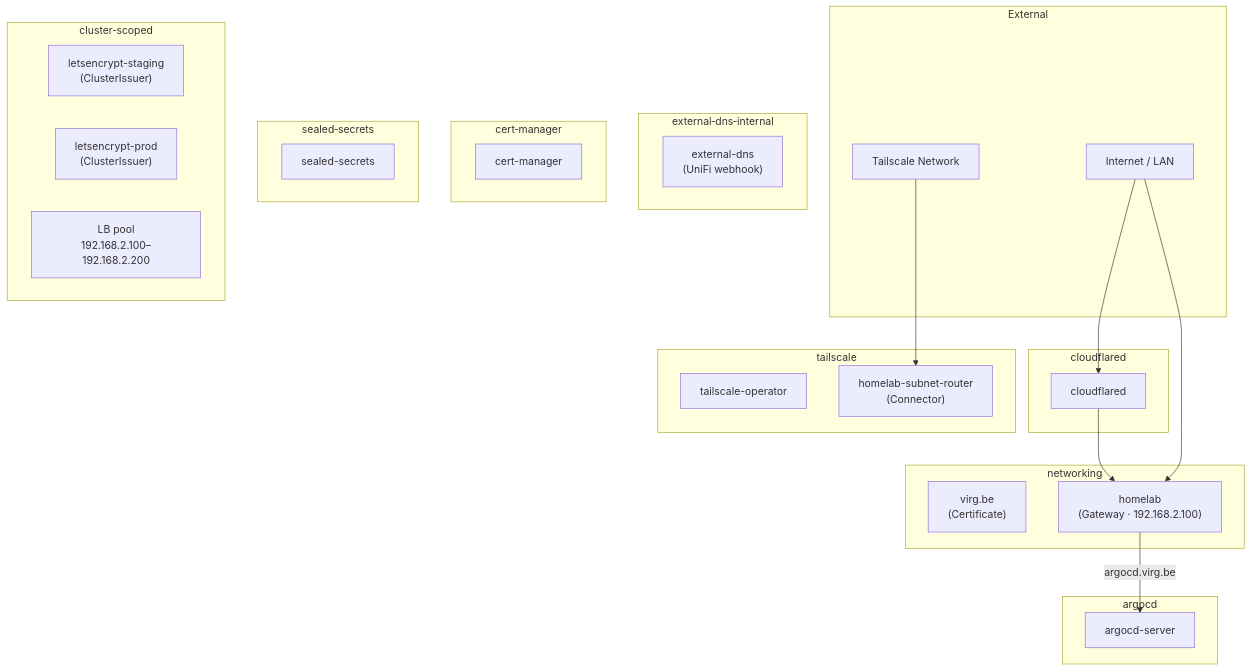
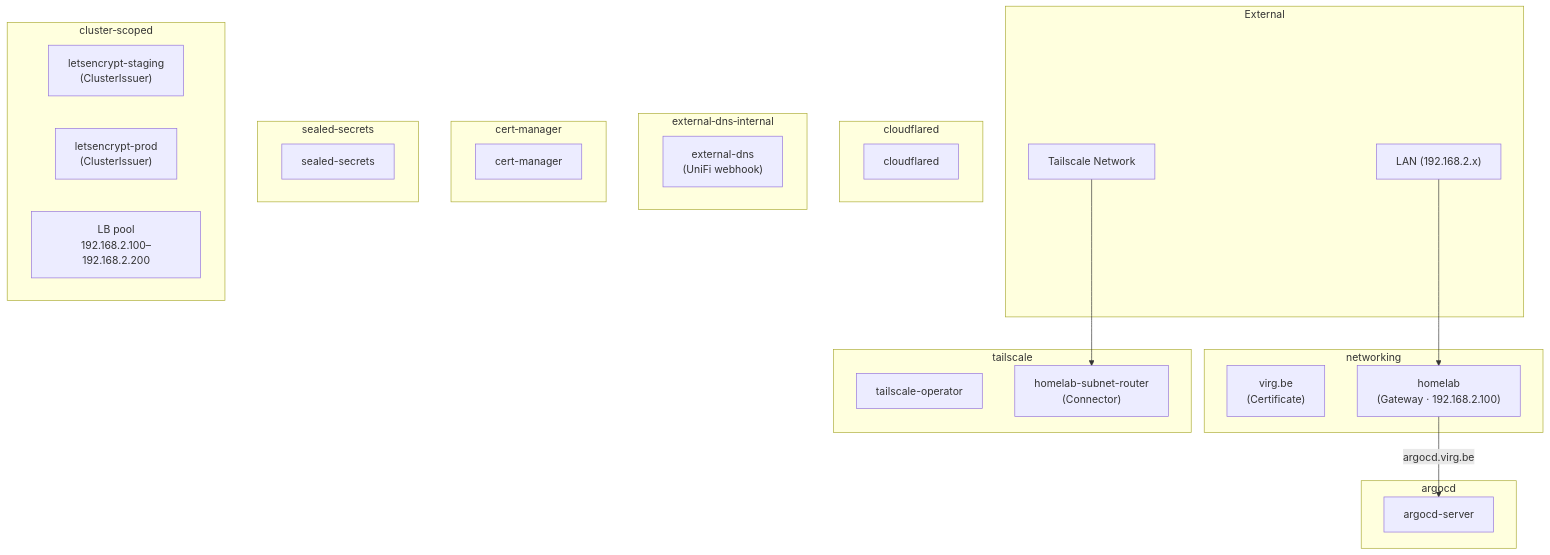
The diagram in docs/cluster.md (Virgil-Bulens/homelab), drawn with Mermaid before and after one commit.

Commit message:
docs: regenerate cluster diagram [skip ci]

````diff
--- a/docs/cluster.md
+++ b/docs/cluster.md
@@ -1,40 +1,38 @@
 ```mermaid
 flowchart TD
     subgraph external["External"]
-        internet["Internet / LAN"]
+        lan["LAN (192.168.2.x)"]
         ts_net["Tailscale Network"]
     end
     subgraph networking__ns["networking"]
         networking__virg_be_wildcard["virg.be\n(Certificate)"]
         networking__homelab["homelab\n(Gateway · 192.168.2.100)"]
     end
     subgraph argocd__ns["argocd"]
         argocd__argocd_server["argocd-server"]
     end
     subgraph cloudflared__ns["cloudflared"]
         cloudflared__cloudflared["cloudflared"]
     end
     subgraph external_dns_internal__ns["external‑dns‑internal"]
         external_dns_internal__external_dns["external-dns\n(UniFi webhook)"]
     end
     subgraph cert_manager__ns["cert‑manager"]
         cert_manager__cert_manager["cert-manager"]
     end
     subgraph sealed_secrets__ns["sealed‑secrets"]
         sealed_secrets__sealed_secrets["sealed-secrets"]
     end
     subgraph tailscale__ns["tailscale"]
         tailscale__operator["tailscale-operator"]
         tailscale__homelab_subnet_router["homelab-subnet-router\n(Connector)"]
     end
     subgraph cluster_scoped__ns["cluster‑scoped"]
         cluster_scoped__letsencrypt_staging["letsencrypt-staging\n(ClusterIssuer)"]
         cluster_scoped__letsencrypt_prod["letsencrypt-prod\n(ClusterIssuer)"]
         cluster_scoped__homelab_pool["LB pool\n192.168.2.100–192.168.2.200"]
     end
-    internet --> cloudflared__cloudflared
-    cloudflared__cloudflared --> networking__homelab
-    internet --> networking__homelab
+    lan --> networking__homelab
     ts_net --> tailscale__homelab_subnet_router
     networking__homelab -->|"argocd.virg.be"| argocd__argocd_server
 ```
````
